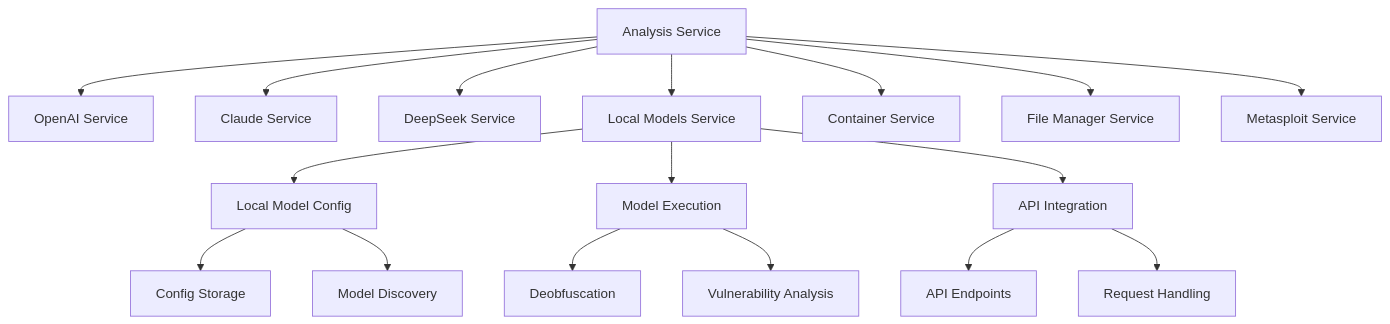
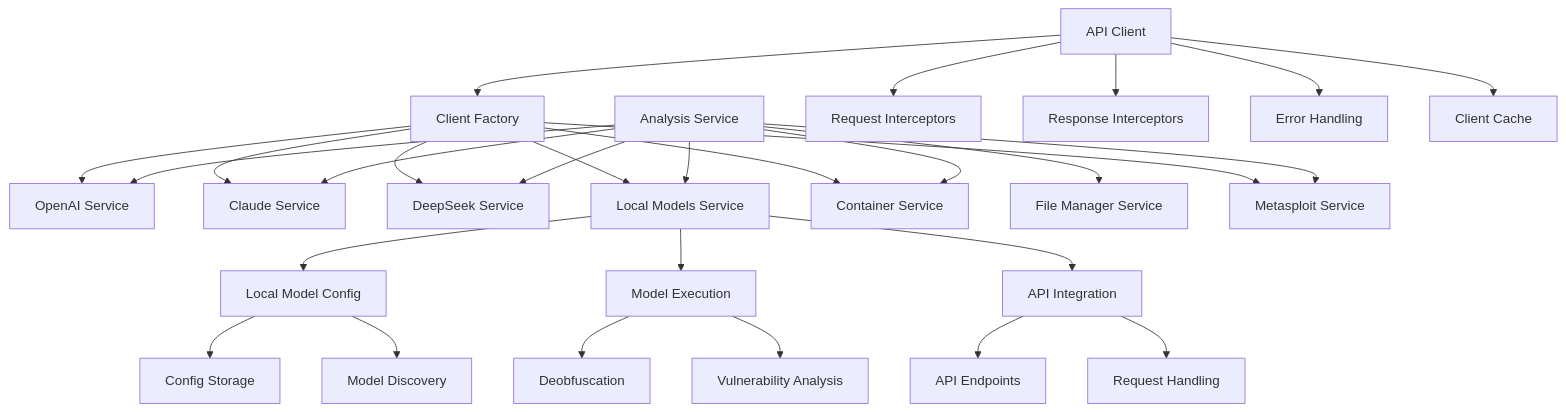
Before and after one commit to radicalkjax/Athena: the fifth of 7 diagrams in README.md, drawn with Mermaid. The commit also changed other lines of this file and 12 other files, not shown here.

````diff
--- a/README.md
+++ b/README.md
@@ -155,23 +178,36 @@
 ```mermaid
 flowchart TD
     A[Analysis Service] --> B[OpenAI Service]
     A --> C[Claude Service]
     A --> D[DeepSeek Service]
     A --> E[Local Models Service]
     A --> F[Container Service]
     A --> G[File Manager Service]
     A --> H[Metasploit Service]
+    
+    I[API Client] --> I1[Client Factory]
+    I --> I2[Request Interceptors]
+    I --> I3[Response Interceptors]
+    I --> I4[Error Handling]
+    I --> I5[Client Cache]
+    
+    I1 --> B
+    I1 --> C
+    I1 --> D
+    I1 --> E
+    I1 --> F
+    I1 --> H
     
     E --> E1[Local Model Config]
     E --> E2[Model Execution]
     E --> E3[API Integration]
     
     E1 --> E1a[Config Storage]
     E1 --> E1b[Model Discovery]
     
     E2 --> E2a[Deobfuscation]
     E2 --> E2b[Vulnerability Analysis]
     
     E3 --> E3a[API Endpoints]
     E3 --> E3b[Request Handling]
 ```
````
